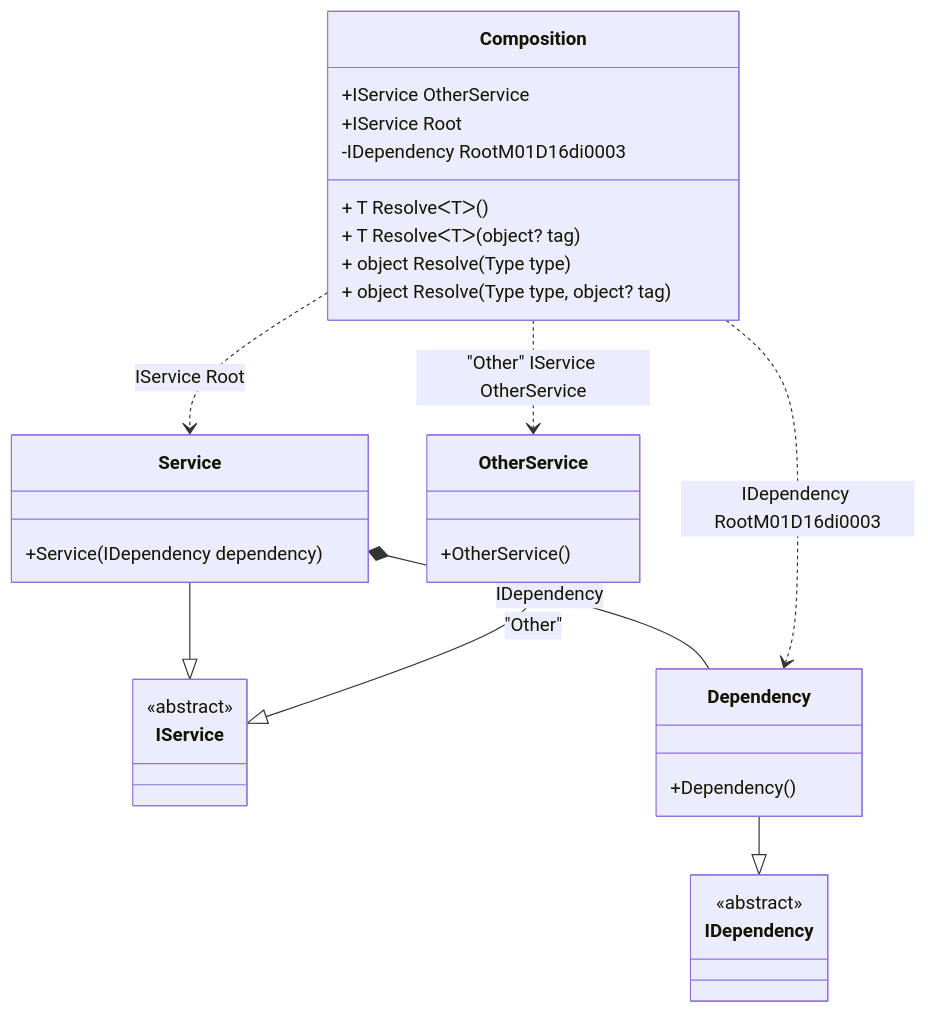
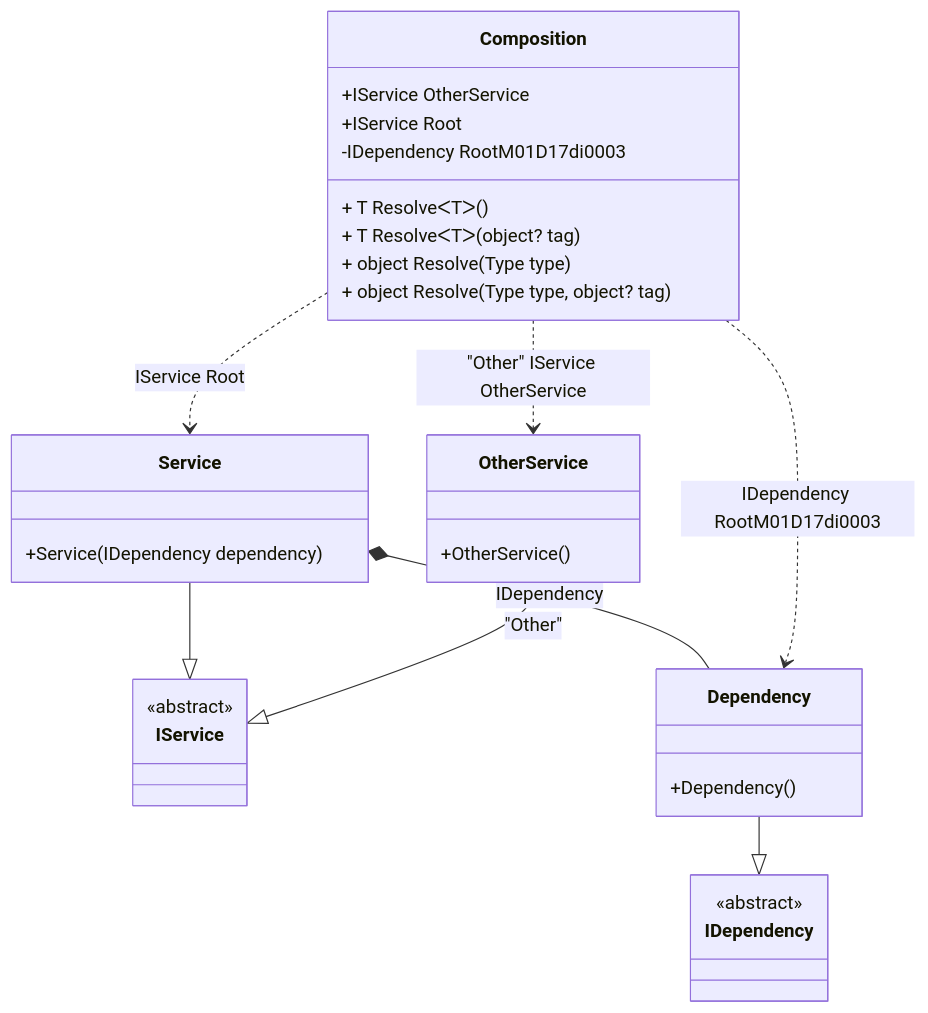
One commit to DevTeam/Pure.DI changed the diagram in readme/composition-roots.md. Above: the diagram before and after it, drawn with Mermaid. The commit also changed other lines of this file and 76 other files, not shown here.

````diff
--- a/readme/composition-roots.md
+++ b/readme/composition-roots.md
@@ -43,34 +43,34 @@
 ```mermaid
 classDiagram
   class Composition {
     +IService OtherService
     +IService Root
-    -IDependency RootM01D16di0003
+    -IDependency RootM01D17di0003
     + T ResolveᐸTᐳ()
     + T ResolveᐸTᐳ(object? tag)
     + object Resolve(Type type)
     + object Resolve(Type type, object? tag)
   }
   Service --|> IService : 
   class Service {
     +Service(IDependency dependency)
   }
   OtherService --|> IService : "Other" 
   class OtherService {
     +OtherService()
   }
   Dependency --|> IDependency : 
   class Dependency {
     +Dependency()
   }
   class IService {
     <<abstract>>
   }
   class IDependency {
     <<abstract>>
   }
   Service *--  Dependency : IDependency
   Composition ..> Service : IService Root
   Composition ..> OtherService : "Other" IService OtherService
-  Composition ..> Dependency : IDependency RootM01D16di0003
+  Composition ..> Dependency : IDependency RootM01D17di0003
 ```
````
